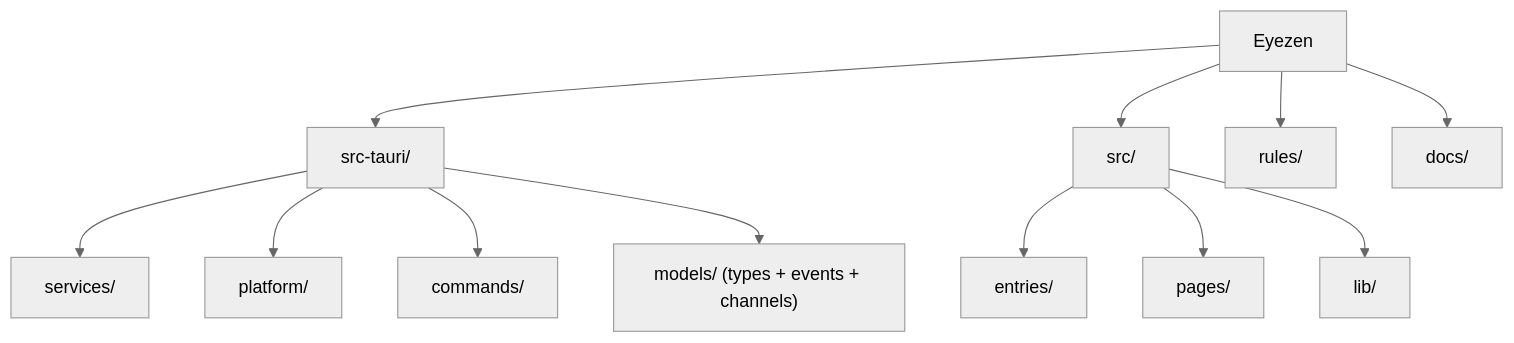
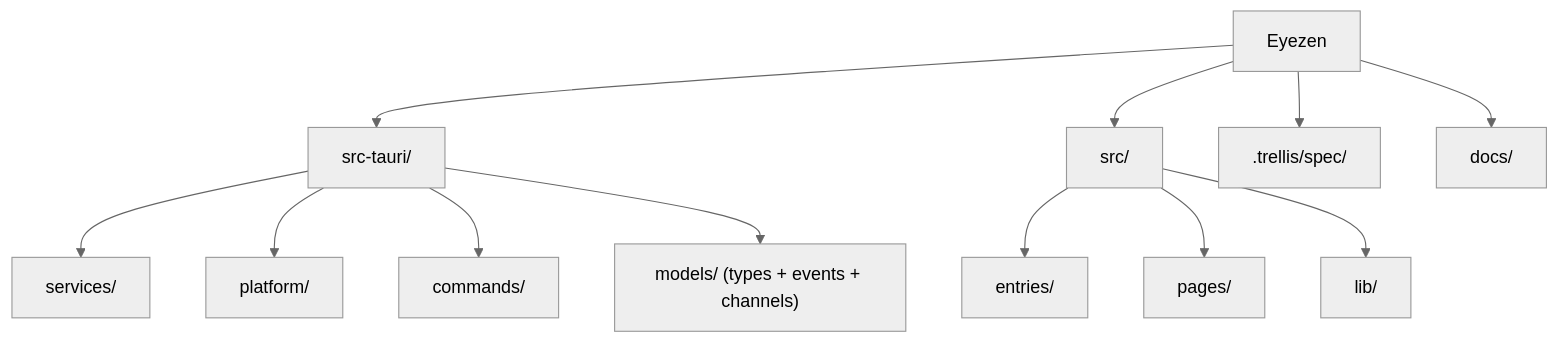
The diagram in CLAUDE.md (rsecss/eye-zen), drawn with Mermaid (neutral theme) before and after one commit. The commit also changed other lines of this file and 181 other files, not shown here.

````diff
--- a/CLAUDE.md
+++ b/CLAUDE.md
@@ -74,16 +76,16 @@
 ```mermaid
 graph TD
     ROOT["Eyezen"] --> SRC_TAURI["src-tauri/"]
     ROOT --> SRC["src/"]
-    ROOT --> RULES["rules/"]
+    ROOT --> RULES[".trellis/spec/"]
     ROOT --> DOCS["docs/"]
 
     SRC_TAURI --> SERVICES["services/"]
     SRC_TAURI --> PLATFORM["platform/"]
     SRC_TAURI --> COMMANDS["commands/"]
     SRC_TAURI --> MODELS["models/ (types + events + channels)"]
 
     SRC --> ENTRIES["entries/"]
     SRC --> PAGES["pages/"]
     SRC --> LIB["lib/"]
 ```
````
